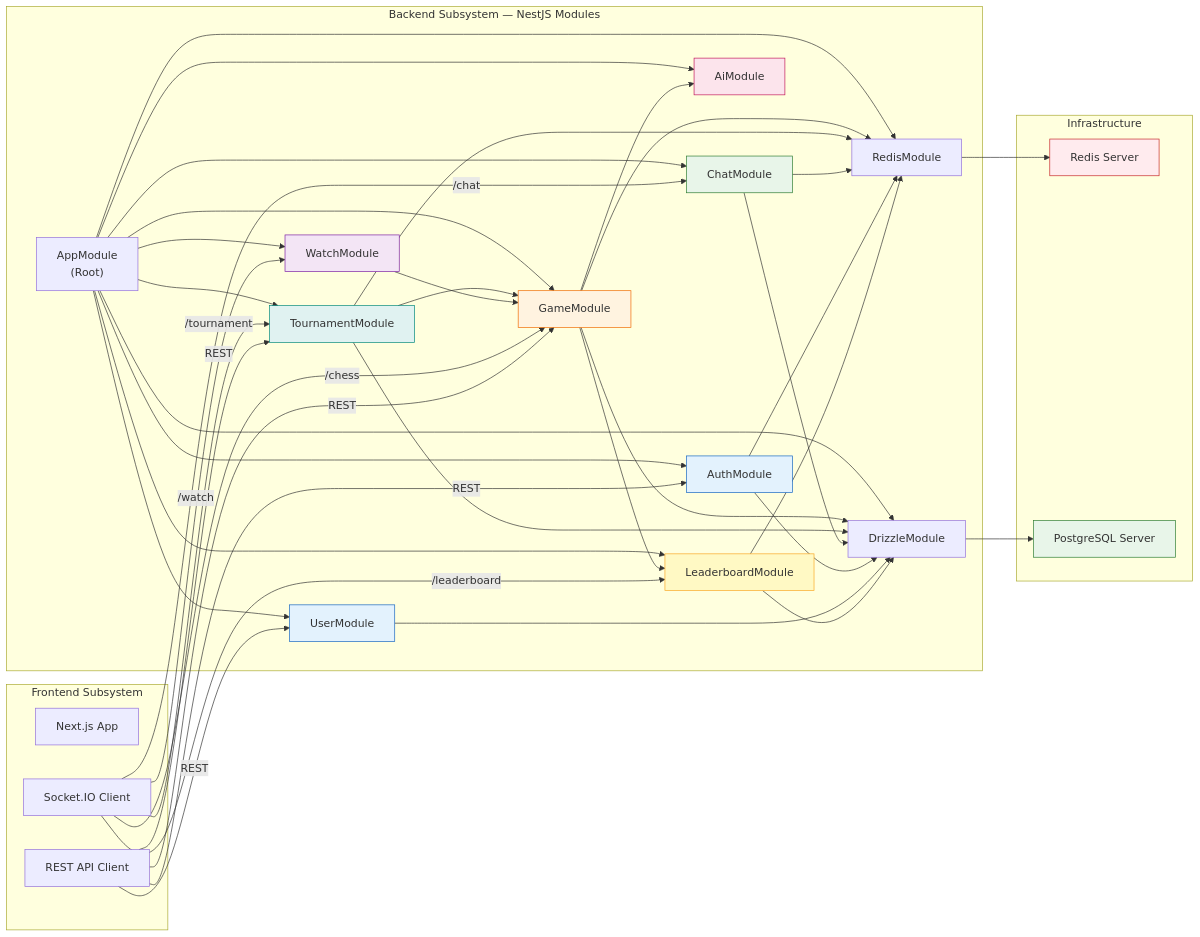
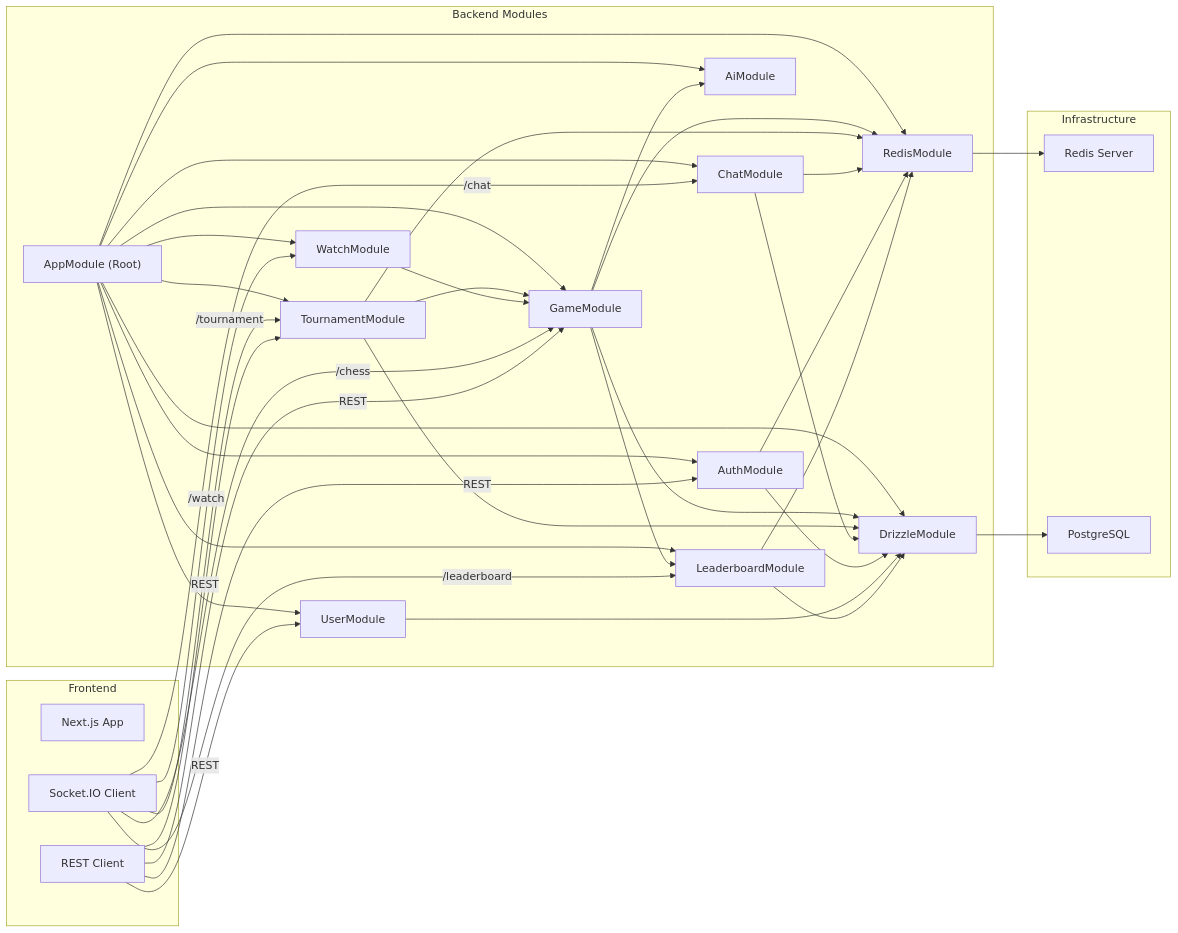
One commit to legiabao0907/web-chess-real-time changed the tenth of 10 diagrams in docs/class-and-package-diagrams.md. Above: the diagram before and after it, drawn with Mermaid. The commit also changed other lines of this file, not shown here.

````diff
--- a/docs/class-and-package-diagrams.md
+++ b/docs/class-and-package-diagrams.md
@@ -1071,14 +1236,13 @@
 ```mermaid
 graph LR
-    subgraph "Frontend Subsystem"
+    subgraph "Frontend"
         FE["Next.js App"]
         FE_SOCKET["Socket.IO Client"]
-        FE_API["REST API Client"]
+        FE_API["REST Client"]
     end
 
-    subgraph "Backend Subsystem — NestJS Modules"
-        APP["AppModule<br/>(Root)"]
-
+    subgraph "Backend Modules"
+        APP["AppModule (Root)"]
         AUTH["AuthModule"]
         USER["UserModule"]
         GAME["GameModule"]
@@ -1087,14 +1251,13 @@
         CHAT["ChatModule"]
         TOURNAMENT["TournamentModule"]
         LEADERBOARD["LeaderboardModule"]
-
         REDIS_MOD["RedisModule"]
         DRIZZLE_MOD["DrizzleModule"]
     end
 
     subgraph "Infrastructure"
         REDIS_SRV["Redis Server"]
-        PG_SRV["PostgreSQL Server"]
+        PG_SRV["PostgreSQL"]
     end
 
     APP --> AUTH
@@ -1124,33 +1287,20 @@
     AUTH --> DRIZZLE_MOD
 
     USER --> DRIZZLE_MOD
-
     LEADERBOARD --> REDIS_MOD
     LEADERBOARD --> DRIZZLE_MOD
-
     WATCH --> GAME
 
     REDIS_MOD --> REDIS_SRV
     DRIZZLE_MOD --> PG_SRV
 
     FE_SOCKET -->|"/chess"| GAME
+    FE_SOCKET -->|"/chat"| CHAT
     FE_SOCKET -->|"/watch"| WATCH
-    FE_SOCKET -->|"/chat"| CHAT
     FE_SOCKET -->|"/tournament"| TOURNAMENT
     FE_SOCKET -->|"/leaderboard"| LEADERBOARD
     FE_API -->|"REST"| AUTH
     FE_API -->|"REST"| GAME
     FE_API -->|"REST"| TOURNAMENT
     FE_API -->|"REST"| USER
-
-    style AUTH fill:#e3f2fd,stroke:#1565c0
-    style USER fill:#e3f2fd,stroke:#1565c0
-    style GAME fill:#fff3e0,stroke:#ef6c00
-    style AI fill:#fce4ec,stroke:#c2185b
-    style WATCH fill:#f3e5f5,stroke:#7b1fa2
-    style CHAT fill:#e8f5e9,stroke:#2e7d32
-    style TOURNAMENT fill:#e0f2f1,stroke:#00897b
-    style LEADERBOARD fill:#fff9c4,stroke:#f9a825
-    style REDIS_SRV fill:#ffebee,stroke:#c62828
-    style PG_SRV fill:#e8f5e9,stroke:#2e7d32
 ```
````
